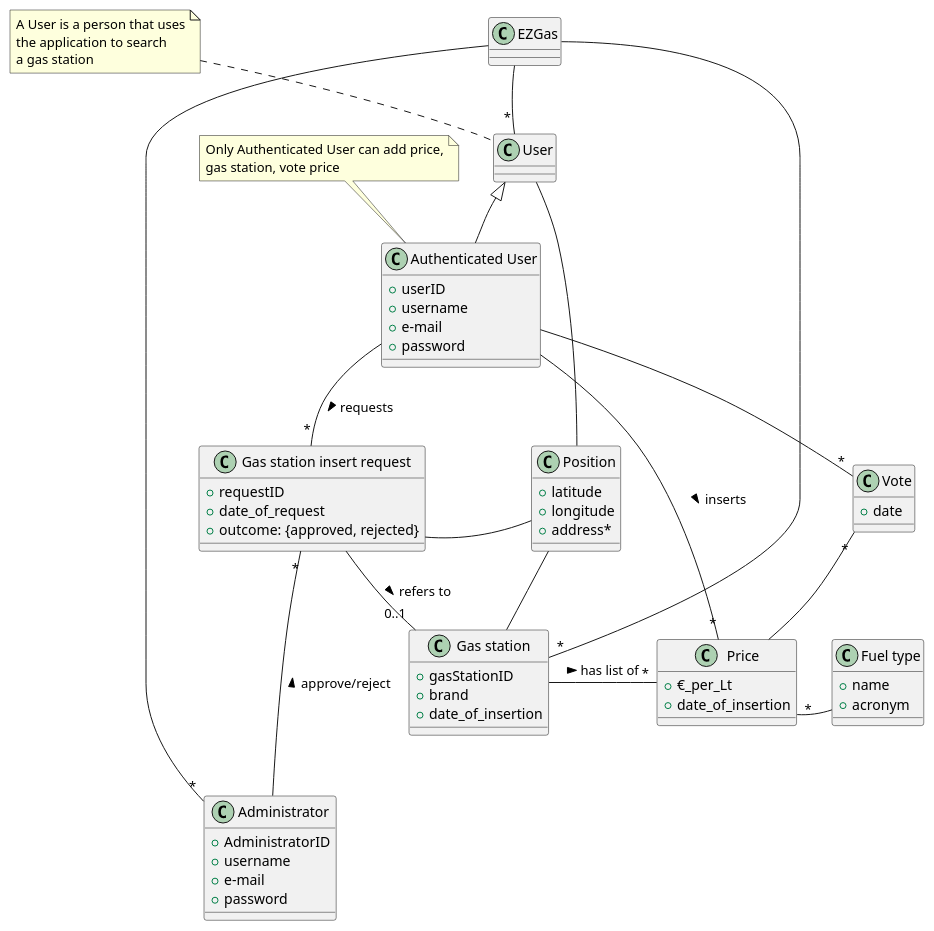
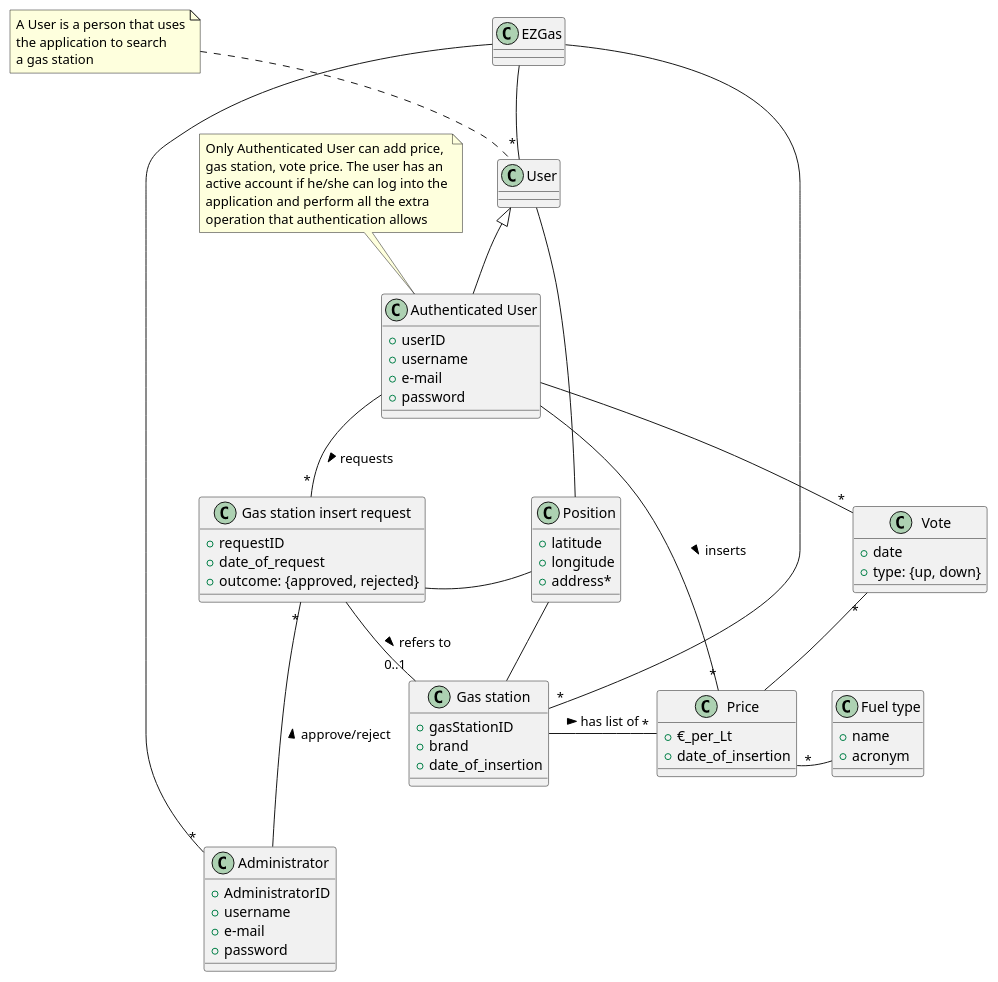
One commit to SE2-group4/SE1-project changed the third of 3 diagrams in docs/RequirementsDocument.md. Above: the diagram before and after it, drawn with PlantUML. The commit also changed other lines of this file, not shown here.

```diff
--- a/docs/RequirementsDocument.md
+++ b/docs/RequirementsDocument.md
@@ -299,6 +300,7 @@
 
 class Vote{
   + date
+  + type: {up, down}
 }
 
 class Position{
@@ -326,7 +328,7 @@
 note "A User is a person that uses\nthe application to search\na gas station" as N1
 N1 .. User
 
-note "Only Authenticated User can add price,\ngas station, vote price" as N2
+note "Only Authenticated User can add price,\ngas station, vote price. The user has an\nactive account if he/she can log into the\napplication and perform all the extra\noperation that authentication allows" as N2
 N2 .. "Authenticated User"
 
 ' fake hidden relationships for positioning
```
